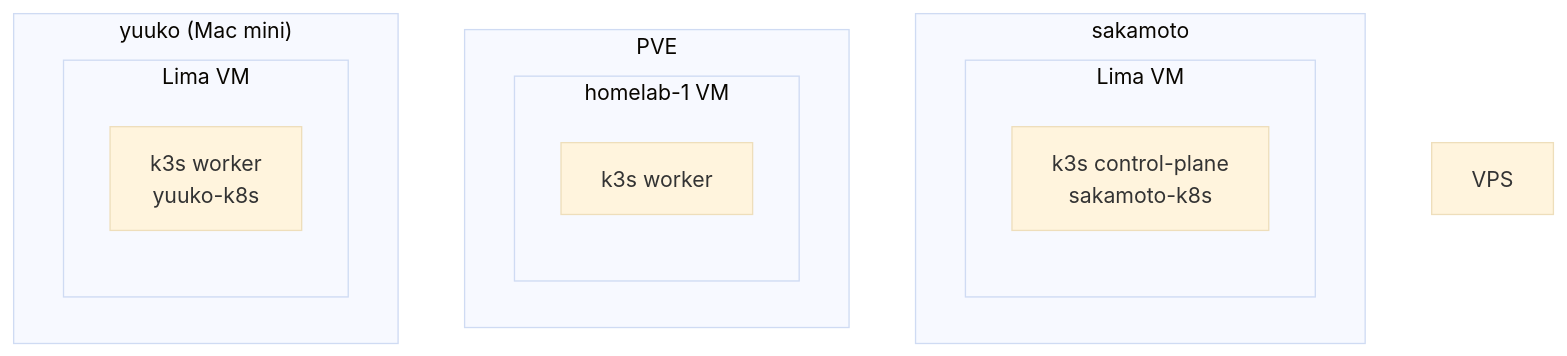
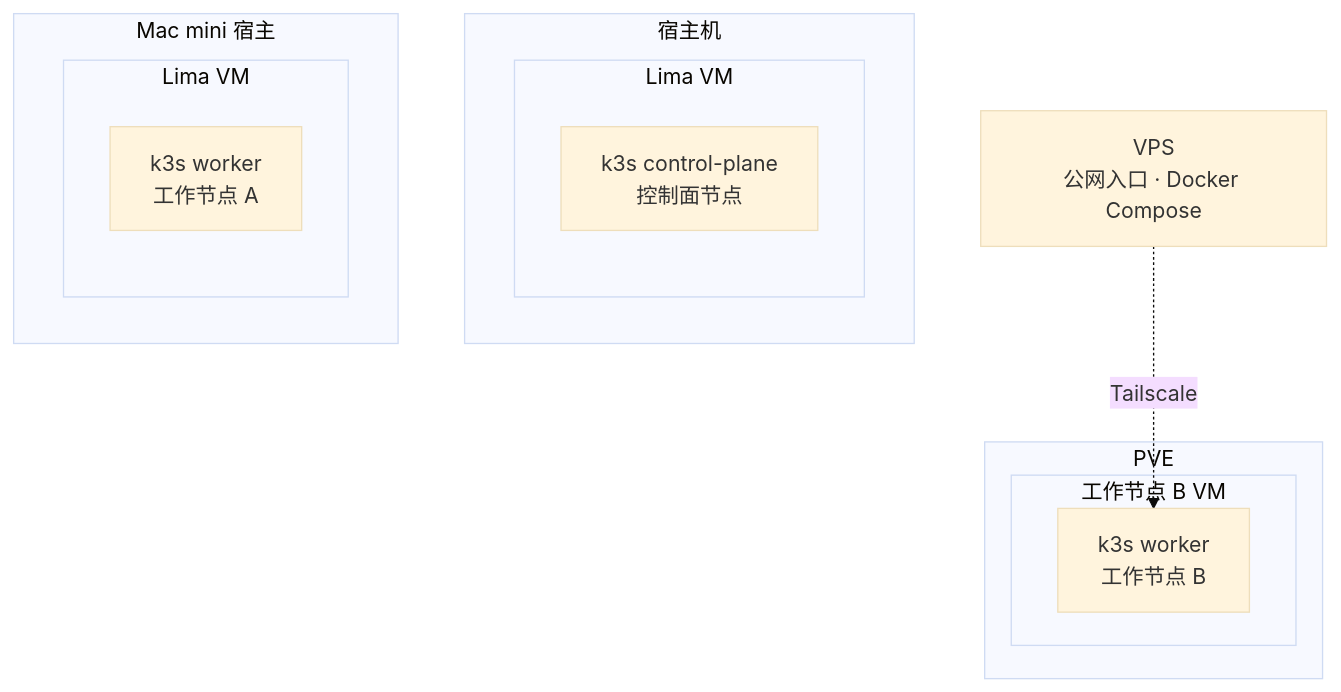
One commit to shelken/home-ops changed the first of 9 diagrams in docs/ARCHITECTURE.md. Above: the diagram before and after it, drawn with Mermaid (base theme). The commit also changed other lines of this file and 1 other file, not shown here.

First line of the commit message:
docs(architecture): 统一集群全景架构动态图与文档并完成脱敏 (#1578)

````diff
--- a/docs/ARCHITECTURE.md
+++ b/docs/ARCHITECTURE.md
@@ -10,22 +15,23 @@
 ```mermaid
 graph TB
-    subgraph SAKAMOTO["sakamoto"]
+    subgraph SAKAMOTO["宿主机"]
         subgraph LIMA["Lima VM"]
-            CP["k3s control-plane<br/>sakamoto-k8s"]
+            CP["k3s control-plane<br/>控制面节点"]
         end
     end
 
     subgraph PVE["PVE"]
-        subgraph PVE_VM["homelab-1 VM"]
-            WORKER["k3s worker"]
+        subgraph PVE_VM["工作节点 B VM"]
+            WORKER["k3s worker<br/>工作节点 B"]
         end
     end
 
-    subgraph YUUKO["yuuko (Mac mini)"]
+    subgraph YUUKO["Mac mini 宿主"]
         subgraph LIMA2["Lima VM"]
-            WORKER2["k3s worker<br/>yuuko-k8s"]
+            WORKER2["k3s worker<br/>工作节点 A"]
         end
     end
 
-    VPS["VPS"]
+    VPS["VPS<br/>公网入口 · Docker Compose"]
+    VPS -.->|"Tailscale"| WORKER
 ```
````
